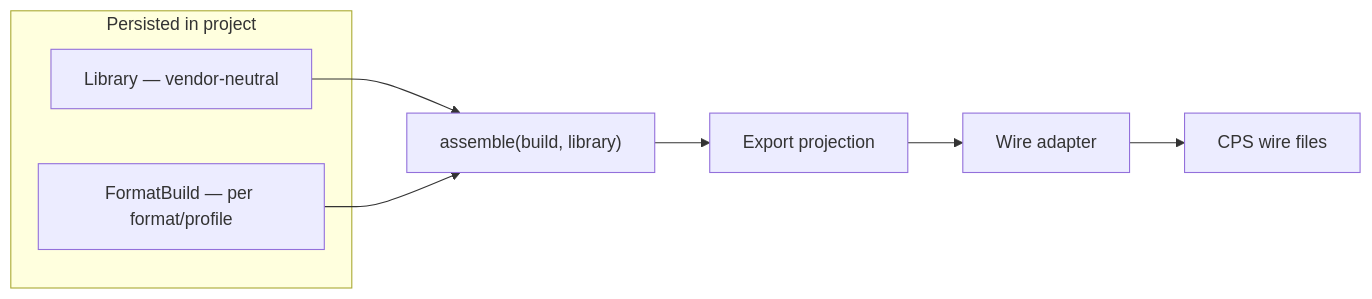
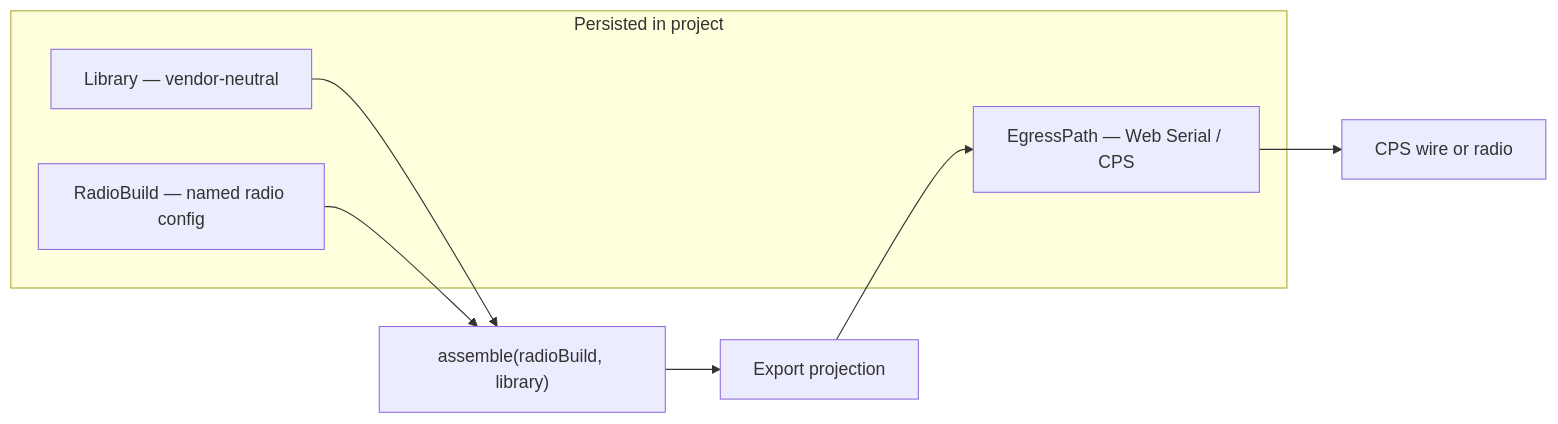
One commit to pskillen/codeplug-studio changed the first of 2 diagrams in docs/features/data-model/README.md. Above: the diagram before and after it, drawn with Mermaid. The commit also changed other lines of this file and 5 other files, not shown here.

First line of the commit message:
docs(builds): clarify many RadioBuilds allowed per radioTargetId

````diff
--- a/docs/features/data-model/README.md
+++ b/docs/features/data-model/README.md
@@ -18,13 +21,14 @@
 ```mermaid
 flowchart LR
   subgraph persisted [Persisted in project]
     Lib[Library — vendor-neutral]
-    Build[FormatBuild — per format/profile]
+    Build[RadioBuild — named radio config]
+    Egress[EgressPath — Web Serial / CPS]
   end
-  CPS[CPS wire files]
+  CPS[CPS wire or radio]
   Lib --> Assemble
   Build --> Assemble
-  Assemble["assemble(build, library)"] --> Proj[Export projection]
-  Proj --> Adapter[Wire adapter]
-  Adapter --> CPS
+  Assemble["assemble(radioBuild, library)"] --> Proj[Export projection]
+  Proj --> Egress
+  Egress --> CPS
 ```
````
